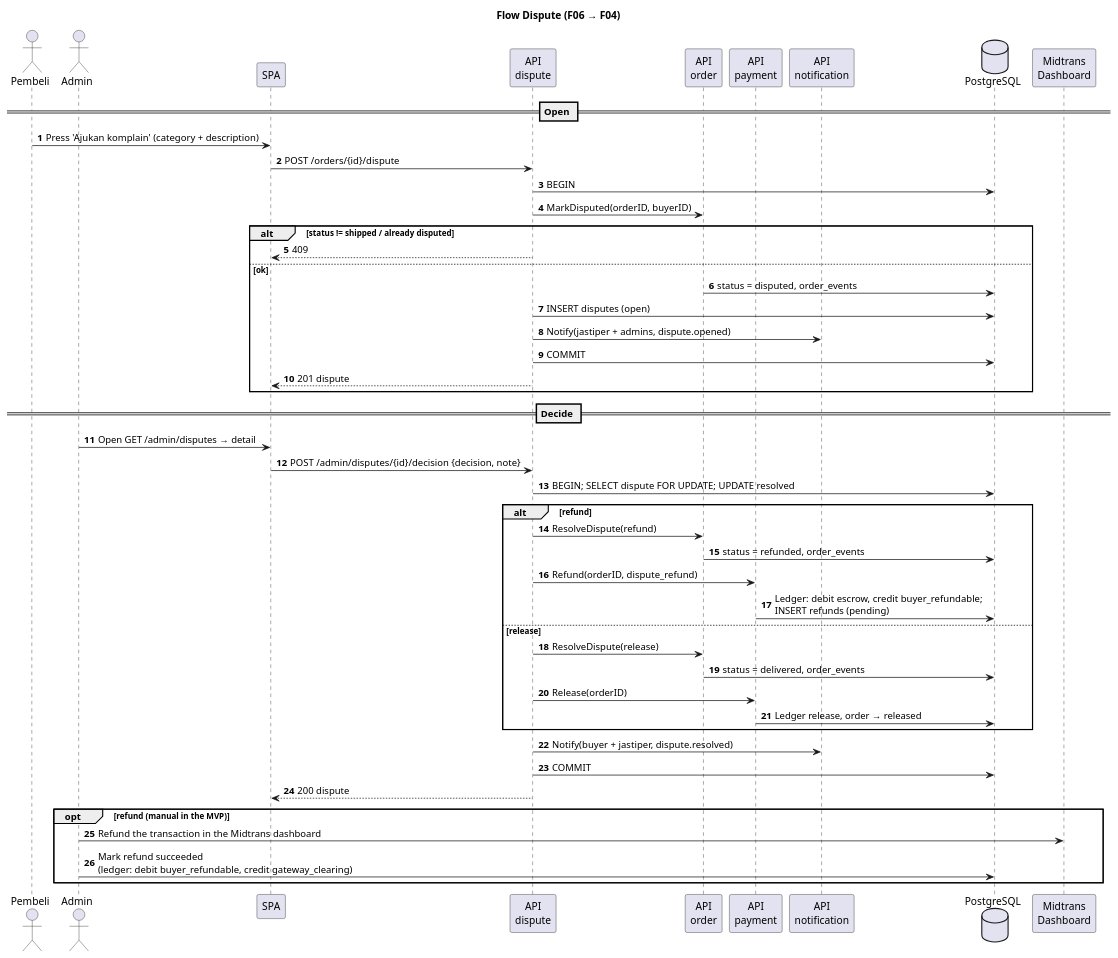
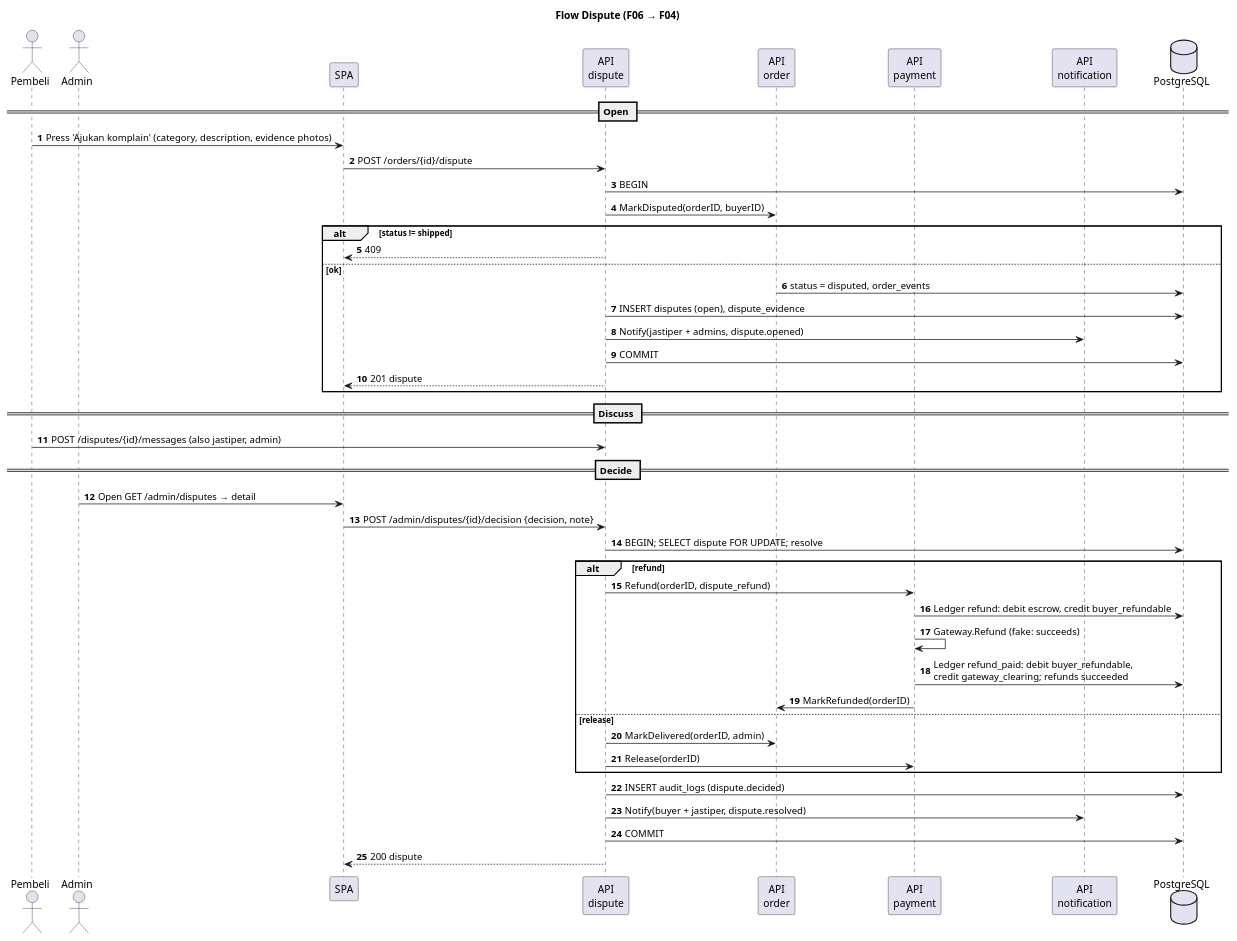
Before and after one commit to Titip-Dong/titipdong-be: the sixth of 8 diagrams in docs/features/README.md, drawn with PlantUML. The commit also changed other lines of this file and 11 other files, not shown here.

````diff
--- a/docs/features/README.md
+++ b/docs/features/README.md
@@ -380,60 +322,57 @@
 ```plantuml
 @startuml dispute
 
 title Flow Dispute (F06 → F04)
 
 actor       "Pembeli"           as buyer
 actor       "Admin"             as admin
 participant "SPA"               as fe
 participant "API\ndispute"      as dsp
 participant "API\norder"        as order
 participant "API\npayment"      as pay
 participant "API\nnotification" as notif
 database    "PostgreSQL"        as db
-participant "Midtrans\nDashboard" as mt
 
 autonumber
 == Open ==
-buyer -> fe     : Press 'Ajukan komplain' (category + description)
+buyer -> fe     : Press 'Ajukan komplain' (category, description, evidence photos)
 fe -> dsp       : POST /orders/{id}/dispute
 dsp -> db       : BEGIN
 dsp -> order    : MarkDisputed(orderID, buyerID)
 
-alt status != shipped / already disputed
+alt status != shipped
     dsp --> fe      : 409
 else ok
     order -> db     : status = disputed, order_events
-    dsp -> db       : INSERT disputes (open)
+    dsp -> db       : INSERT disputes (open), dispute_evidence
     dsp -> notif    : Notify(jastiper + admins, dispute.opened)
     dsp -> db       : COMMIT
     dsp --> fe      : 201 dispute
 end
 
+== Discuss ==
+buyer -> dsp    : POST /disputes/{id}/messages (also jastiper, admin)
+
 == Decide ==
 admin -> fe     : Open GET /admin/disputes → detail
 fe -> dsp       : POST /admin/disputes/{id}/decision {decision, note}
-dsp -> db       : BEGIN; SELECT dispute FOR UPDATE; UPDATE resolved
+dsp -> db       : BEGIN; SELECT dispute FOR UPDATE; resolve
 
 alt refund
-    dsp -> order    : ResolveDispute(refund)
-    order -> db     : status = refunded, order_events
     dsp -> pay      : Refund(orderID, dispute_refund)
-    pay -> db       : Ledger: debit escrow, credit buyer_refundable;\nINSERT refunds (pending)
+    pay -> db       : Ledger refund: debit escrow, credit buyer_refundable
+    pay -> pay      : Gateway.Refund (fake: succeeds)
+    pay -> db       : Ledger refund_paid: debit buyer_refundable,\ncredit gateway_clearing; refunds succeeded
+    pay -> order    : MarkRefunded(orderID)
 else release
-    dsp -> order    : ResolveDispute(release)
-    order -> db     : status = delivered, order_events
+    dsp -> order    : MarkDelivered(orderID, admin)
     dsp -> pay      : Release(orderID)
-    pay -> db       : Ledger release, order → released
 end
 
+dsp -> db       : INSERT audit_logs (dispute.decided)
 dsp -> notif    : Notify(buyer + jastiper, dispute.resolved)
 dsp -> db       : COMMIT
 dsp --> fe      : 200 dispute
 
-opt refund (manual in the MVP)
-    admin -> mt     : Refund the transaction in the Midtrans dashboard
-    admin -> db     : Mark refund succeeded\n(ledger: debit buyer_refundable, credit gateway_clearing)
-end
-
 @enduml
 ```
````
